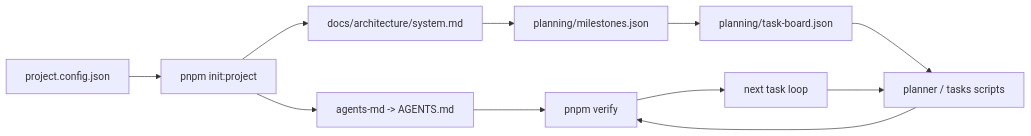
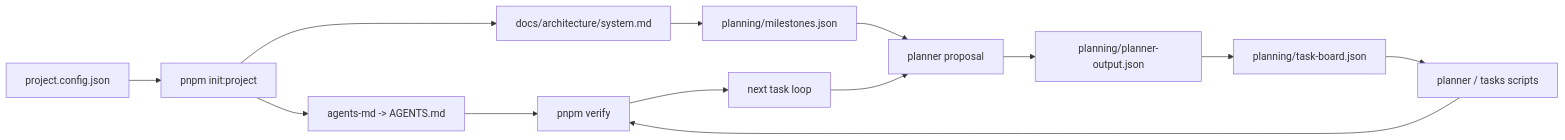
One commit to dawid0309/Codex-Harness-Foundry changed the diagram in README.md. Above: the diagram before and after it, drawn with Mermaid. The commit also changed other lines of this file and 33 other files, not shown here.

````diff
--- a/README.md
+++ b/README.md
@@ -35,13 +35,15 @@
 ```mermaid
 flowchart LR
     config["project.config.json"] --> init["pnpm init:project"]
     init --> agents["agents-md -> AGENTS.md"]
     init --> arch["docs/architecture/system.md"]
     arch --> milestones["planning/milestones.json"]
-    milestones --> board["planning/task-board.json"]
+    milestones --> planner["planner proposal"]
+    planner --> output["planning/planner-output.json"]
+    output --> board["planning/task-board.json"]
     agents --> verify["pnpm verify"]
-    board --> planner["planner / tasks scripts"]
-    planner --> verify
+    board --> choose["planner / tasks scripts"]
+    choose --> verify
     verify --> next["next task loop"]
     next --> planner
 ```
````
